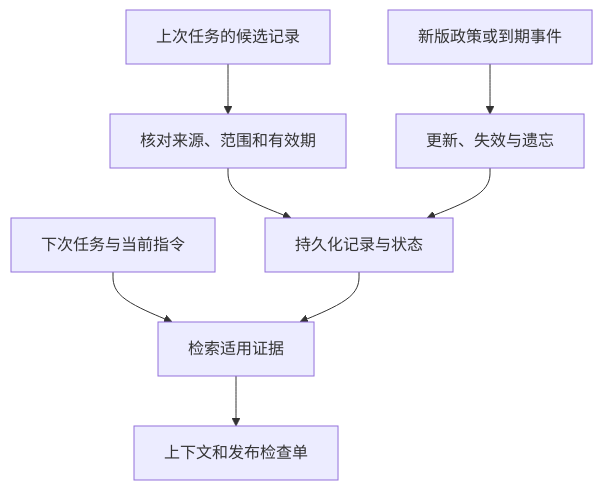
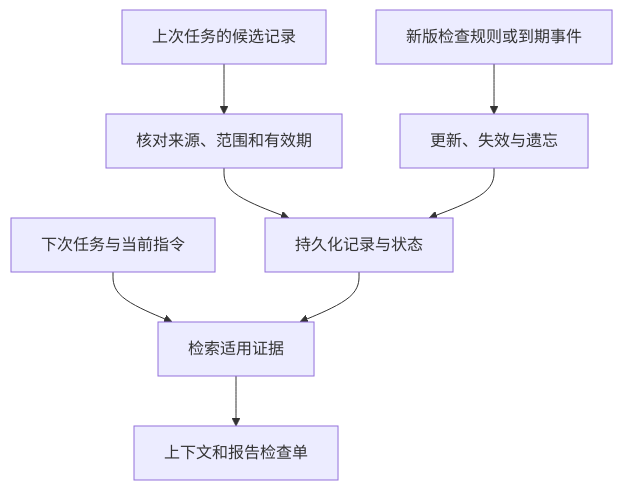
One commit to HarryYangthu/TheBestAIGuide changed the diagram in 10-Knowledge/13-memory/README.md. Above: the diagram before and after it, drawn with Mermaid. The commit also changed other lines of this file and 1846 other files, not shown here.

````diff
--- a/10-Knowledge/13-memory/README.md
+++ b/10-Knowledge/13-memory/README.md
@@ -5,10 +7,10 @@
 ```mermaid
 flowchart TD
     R["上次任务的候选记录"] --> V["核对来源、范围和有效期"]
     V --> D["持久化记录与状态"]
     T["下次任务与当前指令"] --> Q["检索适用证据"]
     D --> Q
-    Q --> C["上下文和发布检查单"]
-    N["新版政策或到期事件"] --> U["更新、失效与遗忘"]
+    Q --> C["上下文和报告检查单"]
+    N["新版检查规则或到期事件"] --> U["更新、失效与遗忘"]
     U --> D
 ```
````
